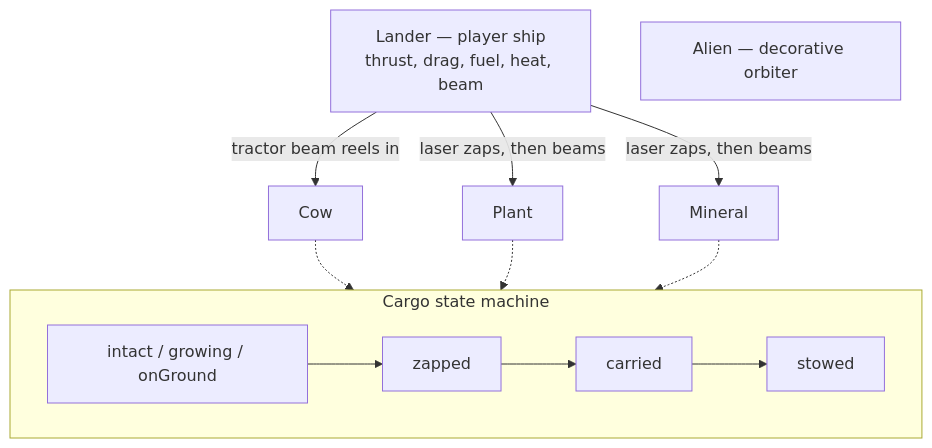
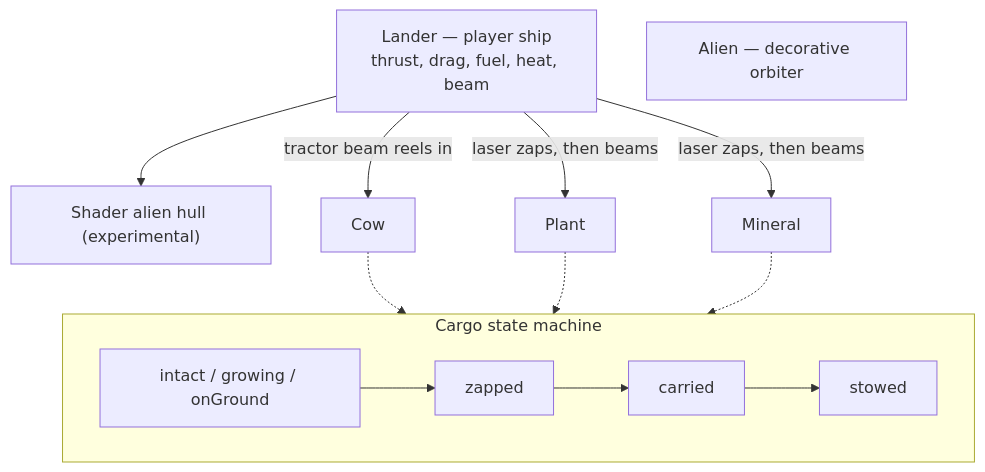
The diagram in architecture/entities.md (keithagroves/cow-abductor), drawn with Mermaid before and after one commit. The commit also changed other lines of this file and 5 other files, not shown here.

Commit message:
feat: add experimental shader-rendered alien hull for Lander

````diff
--- a/architecture/entities.md
+++ b/architecture/entities.md
@@ -14,31 +14,33 @@
 ```mermaid
 flowchart TD
     Lander["Lander — player ship<br/>thrust, drag, fuel, heat, beam"]
+    Lander --> shipShader["Shader alien hull (experimental)"]
     Cow["Cow"]
     Plant["Plant"]
     Mineral["Mineral"]
     Alien["Alien — decorative orbiter"]
 
     Lander -->|tractor beam reels in| Cow
     Lander -->|laser zaps, then beams| Plant
     Lander -->|laser zaps, then beams| Mineral
 
     subgraph cargo["Cargo state machine"]
       direction LR
       intact["intact / growing / onGround"] --> zapped --> carried --> stowed
     end
     Cow -.-> cargo
     Plant -.-> cargo
     Mineral -.-> cargo
 
     click Lander call navigate("../src/entities/lander.js")
     click Cow call navigate("../src/entities/cow.js")
     click Plant call navigate("../src/entities/plant.js")
     click Mineral call navigate("../src/entities/mineral.js")
     click Alien call navigate("../src/entities/alien.js")
+    click shipShader call navigate("../src/effects/shipShader.js")
     click cargo call navigate("../src/entities/plant.js")
     click intact call navigate("../src/entities/plant.js")
     click zapped call navigate("../src/entities/plant.js")
     click carried call navigate("../src/entities/cow.js")
     click stowed call navigate("../src/entities/mineral.js")
 ```
````
